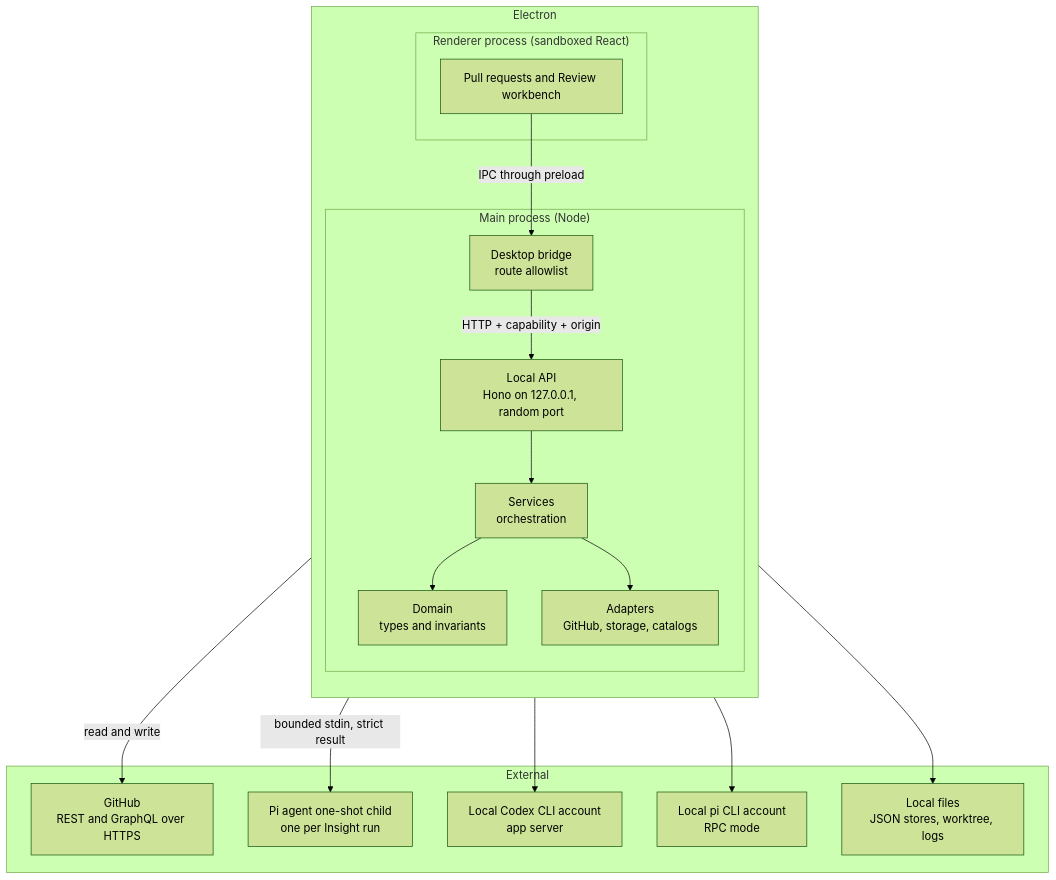
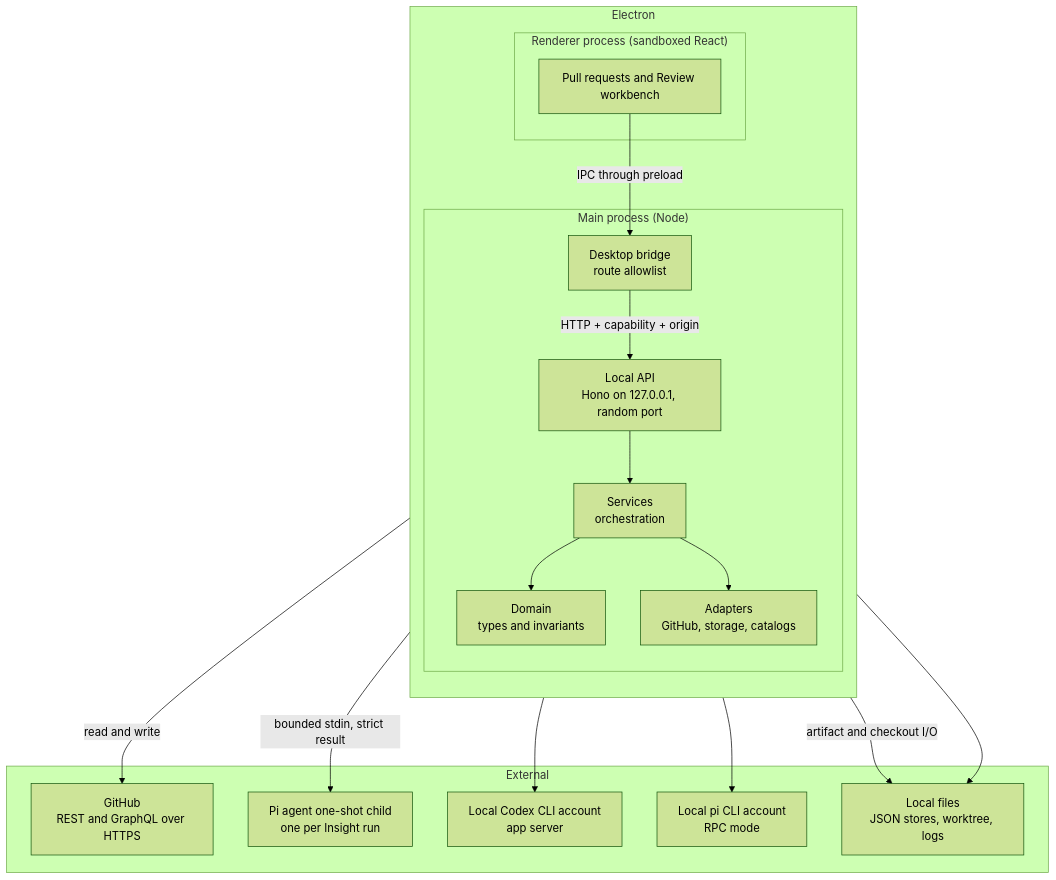
The diagram in docs/architecture.md (kwanpham2195/patchdesk), drawn with Mermaid (forest theme) before and after one commit. The commit also changed other lines of this file and 1 other file, not shown here.

Commit message:
docs(architecture): reconcile stale boundary and freshness rules

````diff
--- a/docs/architecture.md
+++ b/docs/architecture.md
@@ -19,33 +18,34 @@
 ```mermaid
 flowchart TB
     subgraph Electron
         direction TB
         subgraph Renderer["Renderer process (sandboxed React)"]
             UI["Pull requests and Review workbench"]
         end
         subgraph Main["Main process (Node)"]
             Bridge["Desktop bridge<br/>route allowlist"]
             API["Local API<br/>Hono on 127.0.0.1, random port"]
             Services["Services<br/>orchestration"]
             Domain["Domain<br/>types and invariants"]
             Adapters["Adapters<br/>GitHub, storage, catalogs"]
         end
     end
     subgraph External["External"]
         GitHub["GitHub<br/>REST and GraphQL over HTTPS"]
         Insight["Pi agent one-shot child<br/>one per Insight run"]
         Codex["Local Codex CLI account<br/>app server"]
         PiCli["Local pi CLI account<br/>RPC mode"]
         Files["Local files<br/>JSON stores, worktree, logs"]
     end
     UI -- "IPC through preload" --> Bridge
     Bridge -- "HTTP + capability + origin" --> API
     API --> Services
     Services --> Domain
     Services --> Adapters
+    Services -- "artifact and checkout I/O" --> Files
     Adapters -- "read and write" --> GitHub
     Adapters --> Files
     Services -- "bounded stdin, strict result" --> Insight
     Services --> Codex
     Services --> PiCli
 ```
````
